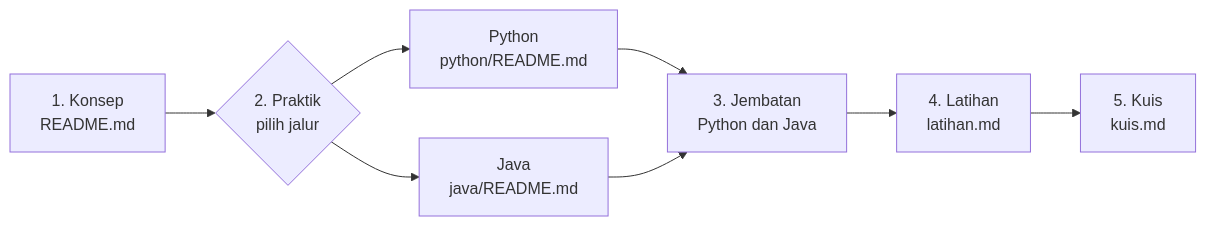
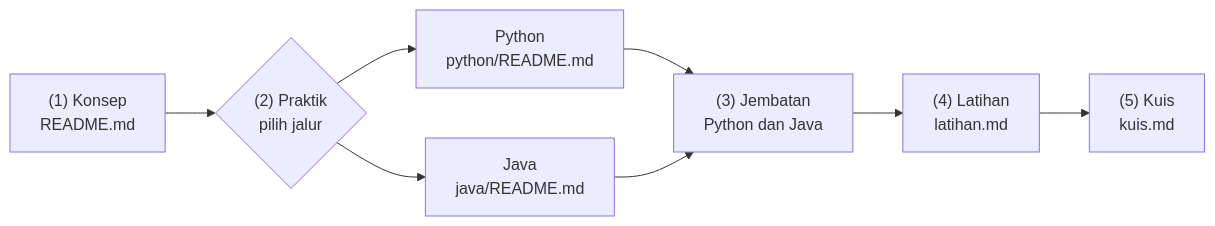
Before and after one commit to antonprafanto/PBO2026: the first of 3 diagrams in README.md, drawn with Mermaid. The commit also changed other lines of this file and 291 other files, not shown here.

````diff
--- a/README.md
+++ b/README.md
@@ -72,10 +72,10 @@
 ```mermaid
 flowchart LR
-    A["1. Konsep<br/>README.md"] --> B{"2. Praktik<br/>pilih jalur"}
+    A["(1) Konsep<br/>README.md"] --> B{"(2) Praktik<br/>pilih jalur"}
     B --> C["Python<br/>python/README.md"]
     B --> D["Java<br/>java/README.md"]
-    C --> E["3. Jembatan<br/>Python dan Java"]
+    C --> E["(3) Jembatan<br/>Python dan Java"]
     D --> E
-    E --> F["4. Latihan<br/>latihan.md"]
-    F --> G["5. Kuis<br/>kuis.md"]
+    E --> F["(4) Latihan<br/>latihan.md"]
+    F --> G["(5) Kuis<br/>kuis.md"]
 ```
````
